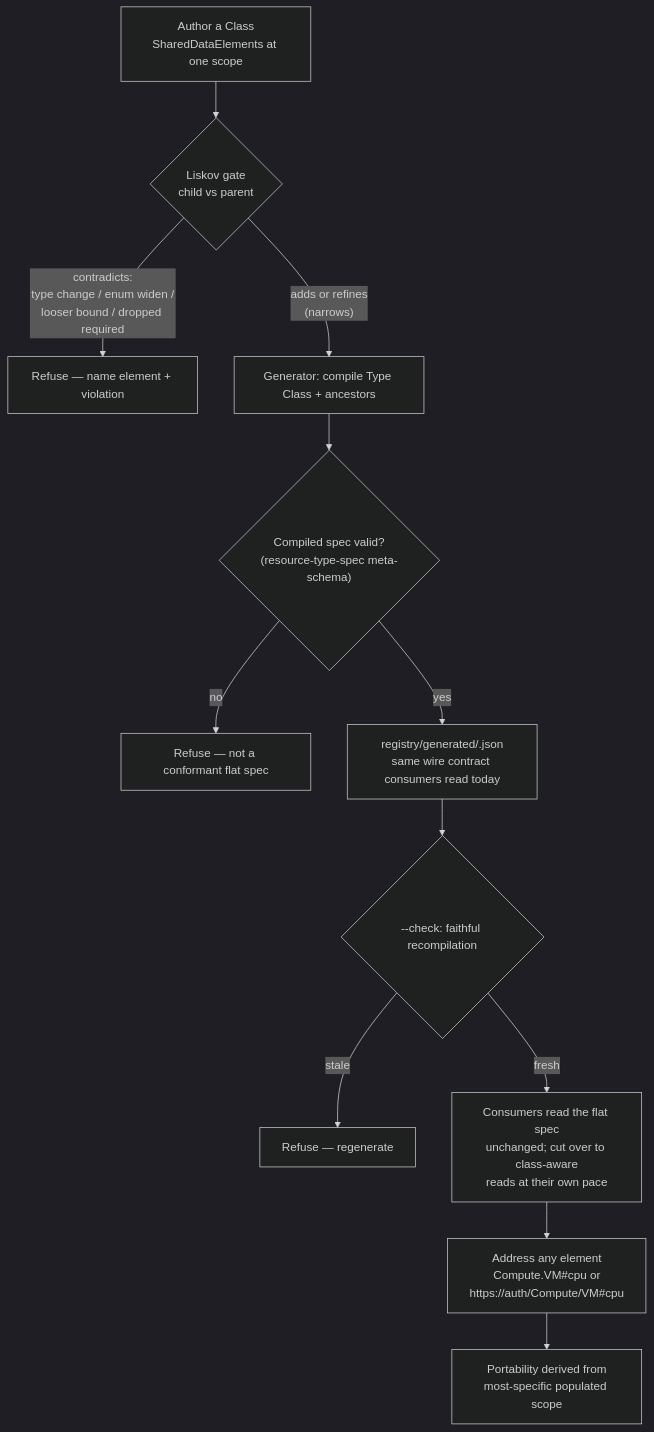
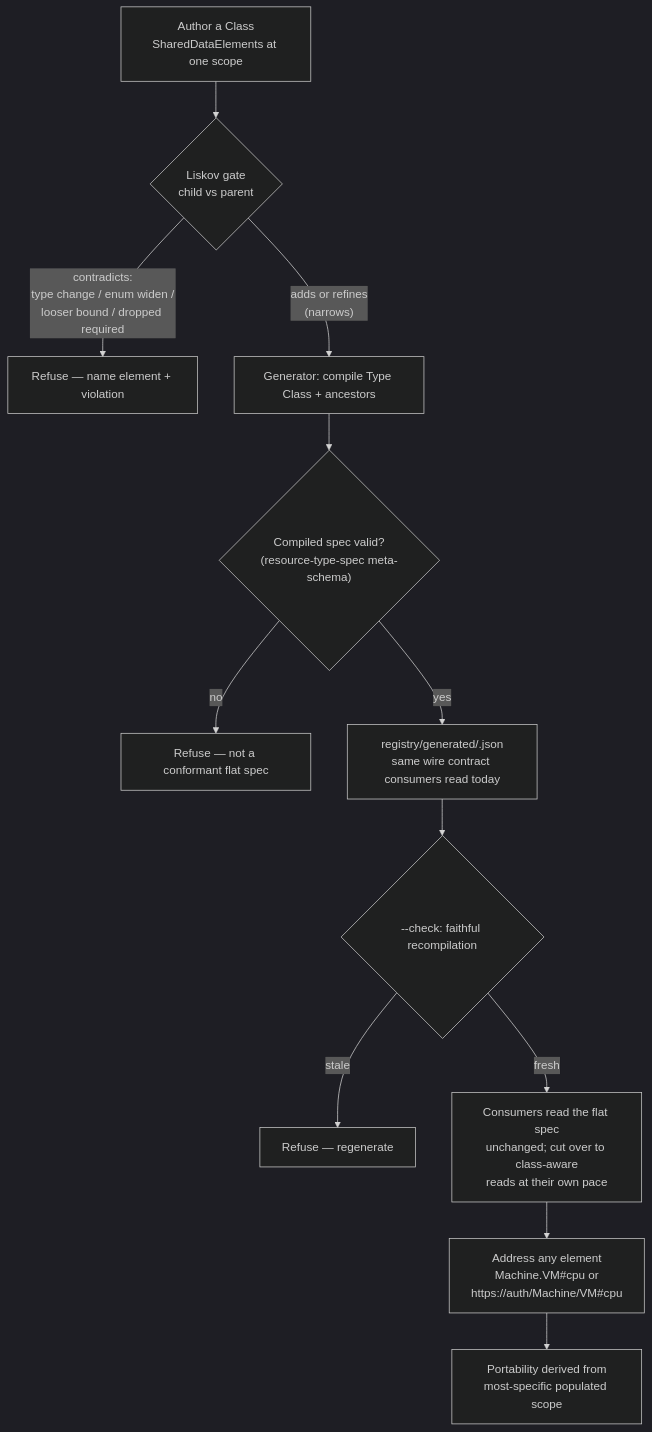
The diagram in docs/flows/scoped-class-lifecycle.md (croadfeldt/udlm), drawn with Mermaid (dark theme) before and after one commit. The commit also changed other lines of this file and 194 other files, not shown here.

````diff
--- a/docs/flows/scoped-class-lifecycle.md
+++ b/docs/flows/scoped-class-lifecycle.md
@@ -22,14 +22,14 @@
 ```mermaid
 flowchart TD
     A["Author a Class<br/>SharedDataElements at one scope"] --> B{"Liskov gate<br/>child vs parent"}
     B -->|"contradicts:<br/>type change / enum widen /<br/>looser bound / dropped required"| B1["Refuse — name element + violation"]
     B -->|"adds or refines<br/>(narrows)"| C["Generator: compile Type Class + ancestors"]
     C --> D{"Compiled spec valid?<br/>(resource-type-spec meta-schema)"}
     D -->|"no"| D1["Refuse — not a conformant flat spec"]
     D -->|"yes"| E["registry/generated/<Type>.json<br/>same wire contract consumers read today"]
     E --> F{"--check: faithful recompilation"}
     F -->|"stale"| F1["Refuse — regenerate"]
     F -->|"fresh"| G["Consumers read the flat spec<br/>unchanged; cut over to class-aware<br/>reads at their own pace"]
-    G --> H["Address any element<br/>Compute.VM#cpu or<br/>https://auth/Compute/VM#cpu"]
+    G --> H["Address any element<br/>Machine.VM#cpu or<br/>https://auth/Machine/VM#cpu"]
     H --> I["Portability derived from<br/>most-specific populated scope"]
 ```
````
